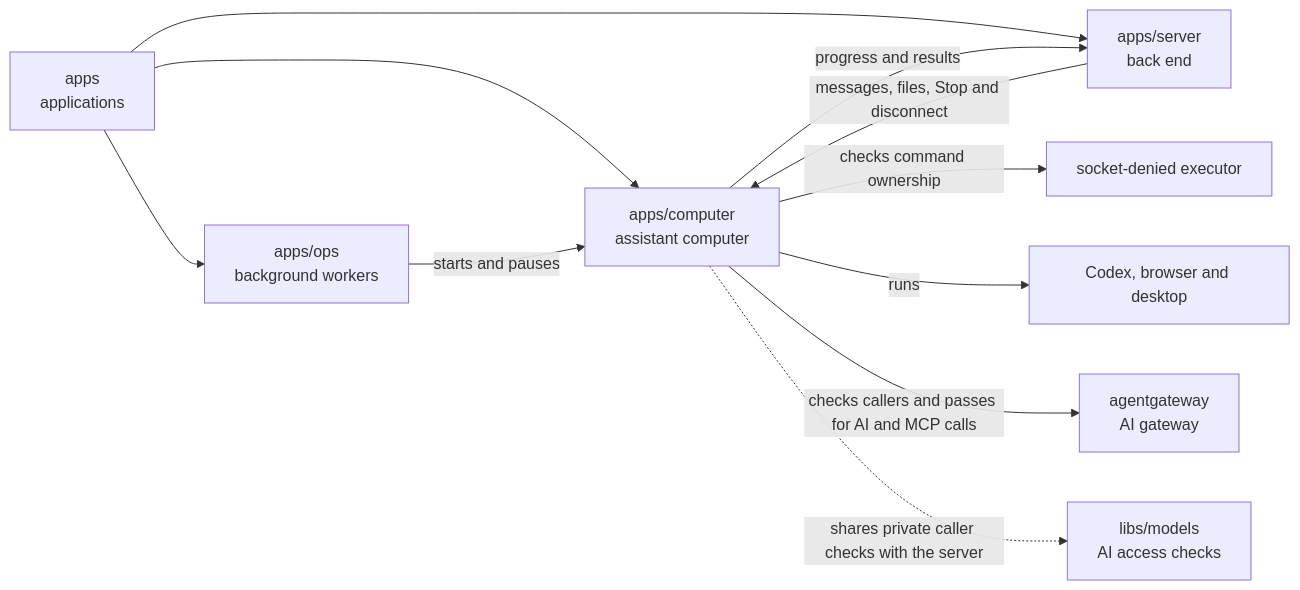
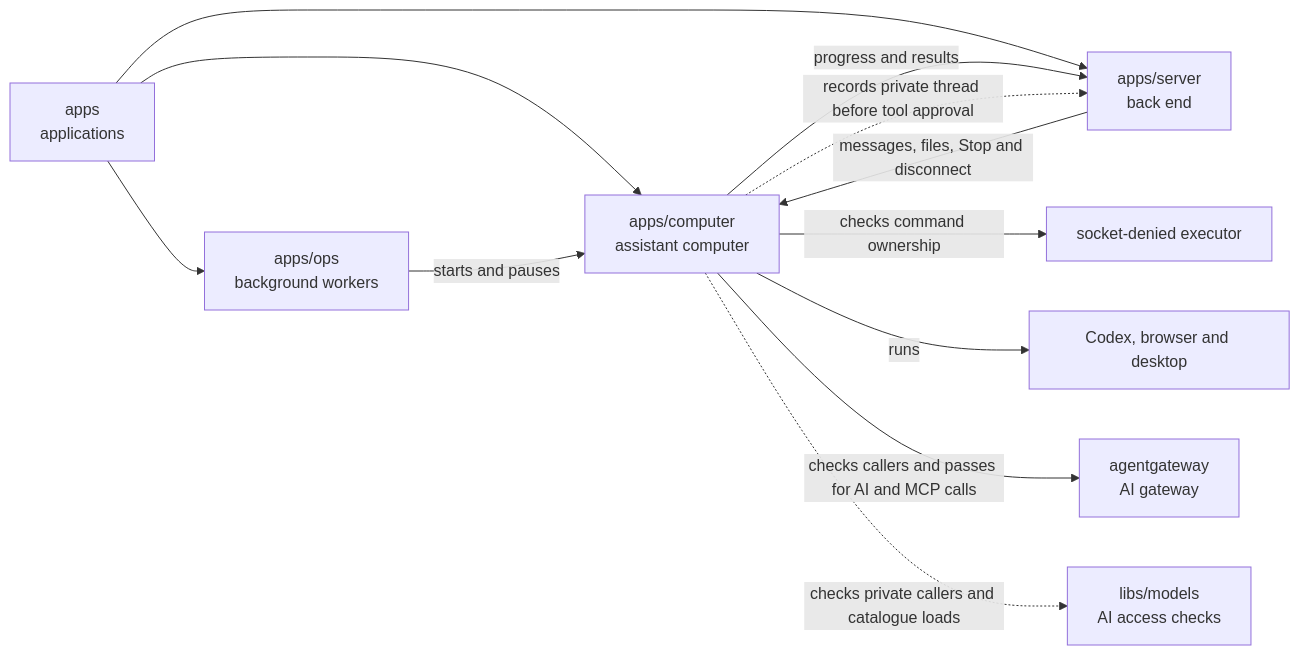
The diagram in apps/computer/README.md (elewa-git/opencrane-new), drawn with Mermaid before and after one commit. The commit also changed other lines of this file and 19 other files, not shown here.

First line of the commit message:
🧠 Private catalogue loading is bound to one ephemeral native turn with one checked identity (#762)

````diff
--- a/apps/computer/README.md
+++ b/apps/computer/README.md
@@ -16,13 +16,14 @@
 ```mermaid
 flowchart LR
   apps["apps<br/>applications"] --> computer["apps/computer<br/>assistant computer"]
   apps --> ops["apps/ops<br/>background workers"]
   apps --> server["apps/server<br/>back end"]
   ops -->|starts and pauses| computer
   server -->|messages, files, Stop and disconnect| computer
   computer -->|progress and results| server
+  computer -.->|records private thread before tool approval| server
   computer -->|checks command ownership| executor["socket-denied executor"]
   computer -->|runs| desktop["Codex, browser and desktop"]
   computer -->|checks callers and passes for AI and MCP calls| gateway["agentgateway<br/>AI gateway"]
-  computer -.->|shares private caller checks with the server| models["libs/models<br/>AI access checks"]
+  computer -.->|checks private callers and catalogue loads| models["libs/models<br/>AI access checks"]
 ```
````
